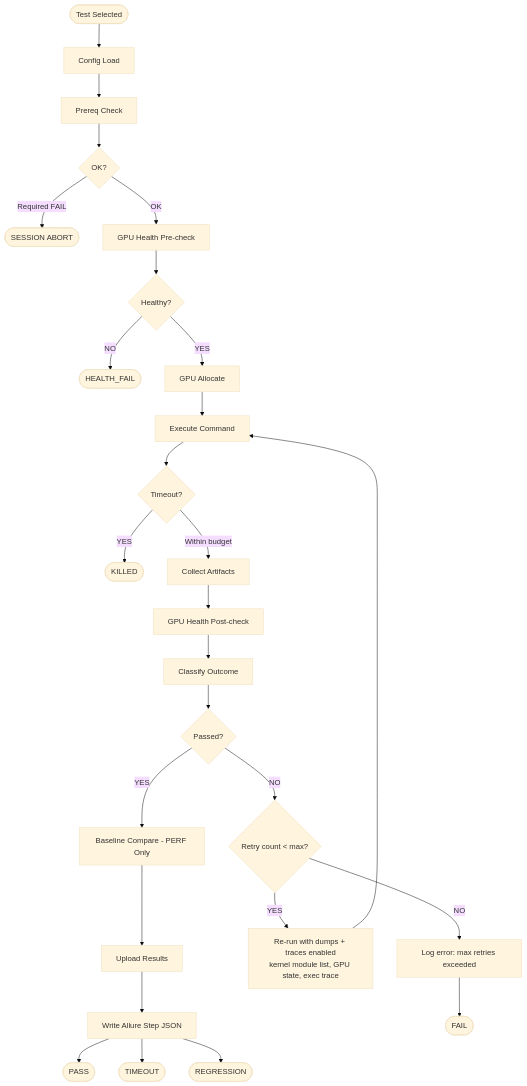
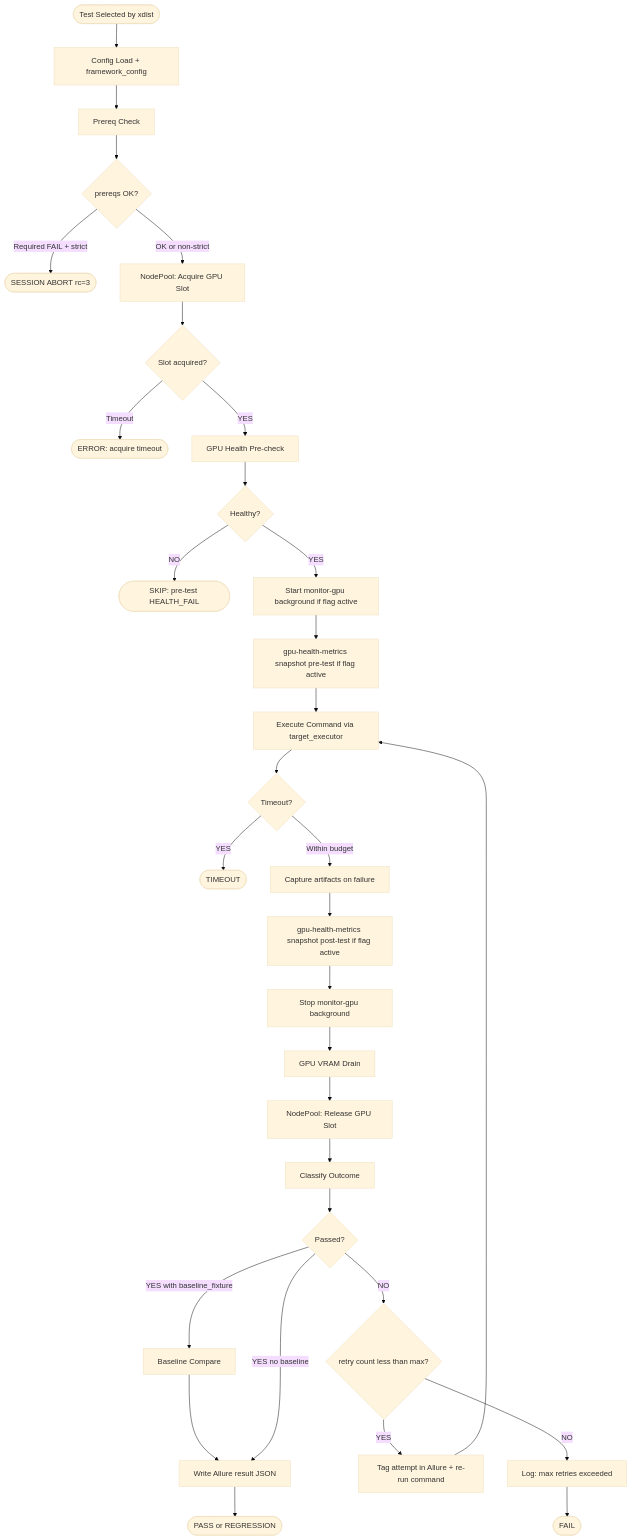
One commit to ROCm/rocm-tests changed the second of 2 diagrams in docs/test-framework-architecture.md. Above: the diagram before and after it, drawn with Mermaid (base theme). The commit also changed other lines of this file and 18 other files, not shown here.

Commit message:
Test Framework Documentation

````diff
--- a/docs/test-framework-architecture.md
+++ b/docs/test-framework-architecture.md
@@ -344,29 +1240,34 @@
 ```mermaid
 flowchart TD
-    A([Test Selected]) --> B[Config Load]
+    A([Test Selected by xdist]) --> B[Config Load + framework_config]
     B --> C[Prereq Check]
-    C --> D{OK?}
-    D -- Required FAIL --> ABORT([SESSION ABORT])
-    D -- OK --> E[GPU Health Pre-check]
-    E --> F{Healthy?}
-    F -- NO --> HFAIL([HEALTH_FAIL])
-    F -- YES --> G[GPU Allocate]
-    G --> H[Execute Command]
-    H --> I{Timeout?}
-    I -- YES --> KILLED([KILLED])
-    I -- Within budget --> J[Collect Artifacts]
-    J --> K[GPU Health Post-check]
-    K --> L[Classify Outcome]
-    L --> M{Passed?}
-    M -- YES --> N[Baseline Compare - PERF Only]
-    N --> O[Upload Results]
-    O --> P[Write Allure Step JSON]
-    P --> PASS([PASS])
-    P --> TIMEOUT([TIMEOUT])
-    P --> REGRESSION([REGRESSION])
-    M -- NO --> R{Retry count < max?}
-    R -- YES --> S["Re-run with dumps + traces enabled<br/>kernel module list, GPU state, exec trace"]
-    S --> H
-    R -- NO --> T[Log error: max retries exceeded]
-    T --> FAIL([FAIL])
+    C --> D{prereqs OK?}
+    D -- Required FAIL + strict --> ABORT([SESSION ABORT rc=3])
+    D -- OK or non-strict --> E[NodePool: Acquire GPU Slot]
+    E --> F{Slot acquired?}
+    F -- Timeout --> ETIMEOUT([ERROR: acquire timeout])
+    F -- YES --> G[GPU Health Pre-check]
+    G --> H{Healthy?}
+    H -- NO --> HFAIL([SKIP: pre-test HEALTH_FAIL])
+    H -- YES --> I[Start monitor-gpu background if flag active]
+    I --> J[gpu-health-metrics snapshot pre-test if flag active]
+    J --> K[Execute Command via target_executor]
+    K --> L{Timeout?}
+    L -- YES --> TIMEOUT([TIMEOUT])
+    L -- Within budget --> M[Capture artifacts on failure]
+    M --> N[gpu-health-metrics snapshot post-test if flag active]
+    N --> O[Stop monitor-gpu background]
+    O --> P[GPU VRAM Drain]
+    P --> Q[NodePool: Release GPU Slot]
+    Q --> R[Classify Outcome]
+    R --> S{Passed?}
+    S -- YES with baseline_fixture --> T[Baseline Compare]
+    T --> U[Write Allure result JSON]
+    U --> PASS([PASS or REGRESSION])
+    S -- YES no baseline --> U
+    S -- NO --> V{retry count less than max?}
+    V -- YES --> W[Tag attempt in Allure + re-run command]
+    W --> K
+    V -- NO --> X[Log: max retries exceeded]
+    X --> FAIL([FAIL])
 ```
````
